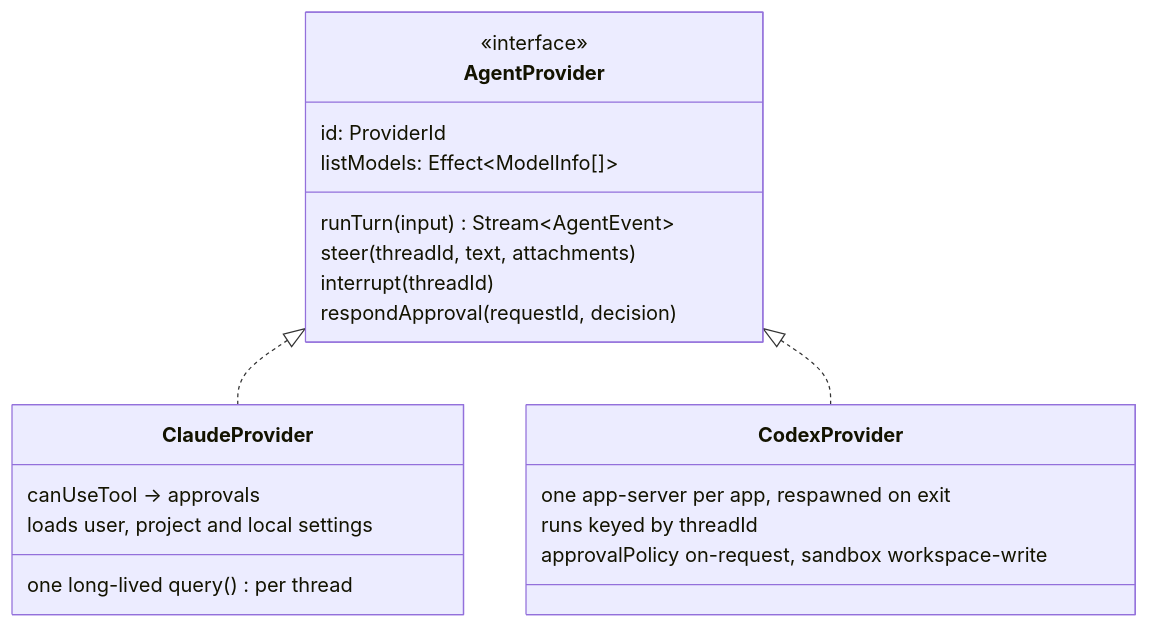
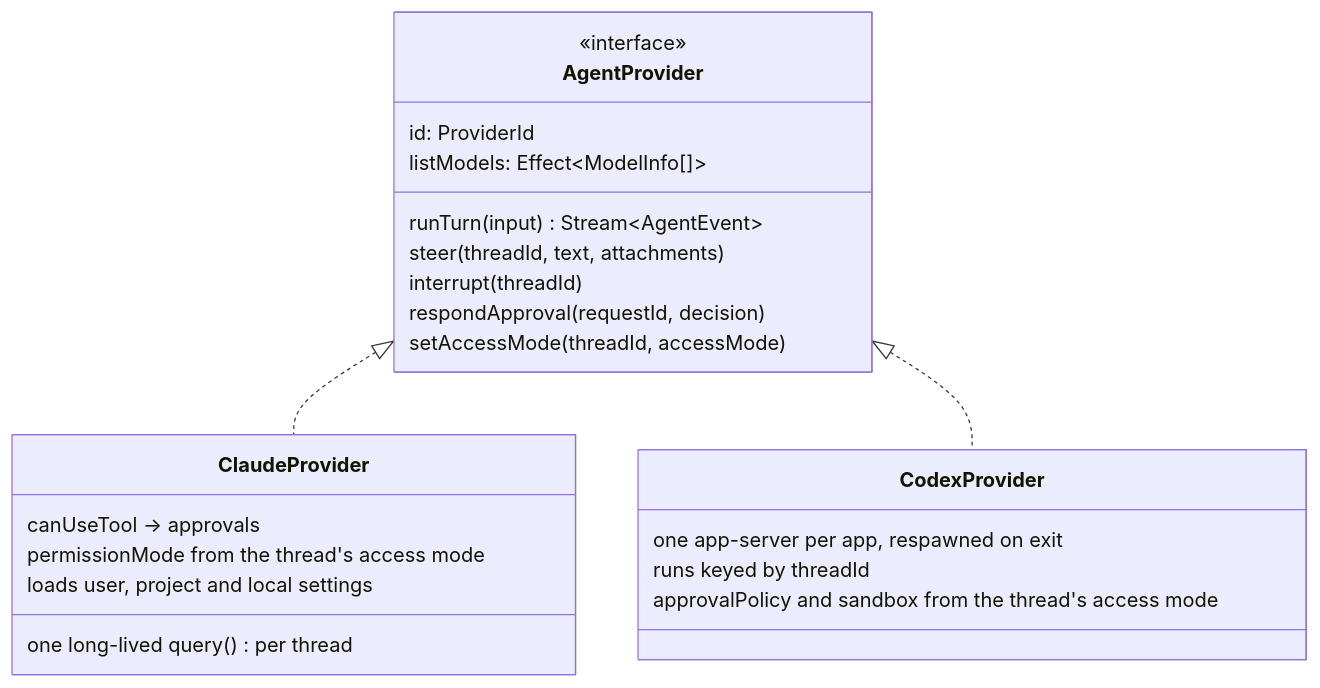
The fourth of 12 diagrams in docs/arch.md (hinadev-ai/hinacode), drawn with Mermaid before and after one commit. The commit also changed 1 other file, not shown here.

Commit message:
docs: describe per-thread access modes

````diff
--- a/docs/arch.md
+++ b/docs/arch.md
@@ -89,24 +89,26 @@
 ```mermaid
 classDiagram
   class AgentProvider {
     <<interface>>
     id: ProviderId
     listModels: Effect~ModelInfo[]~
     runTurn(input) Stream~AgentEvent~
     steer(threadId, text, attachments)
     interrupt(threadId)
     respondApproval(requestId, decision)
+    setAccessMode(threadId, accessMode)
   }
   class ClaudeProvider {
     one long-lived query() per thread
     canUseTool → approvals
+    permissionMode from the thread's access mode
     loads user, project and local settings
   }
   class CodexProvider {
     one app-server per app, respawned on exit
     runs keyed by threadId
-    approvalPolicy on-request, sandbox workspace-write
+    approvalPolicy and sandbox from the thread's access mode
   }
   AgentProvider <|.. ClaudeProvider
   AgentProvider <|.. CodexProvider
 ```
````
